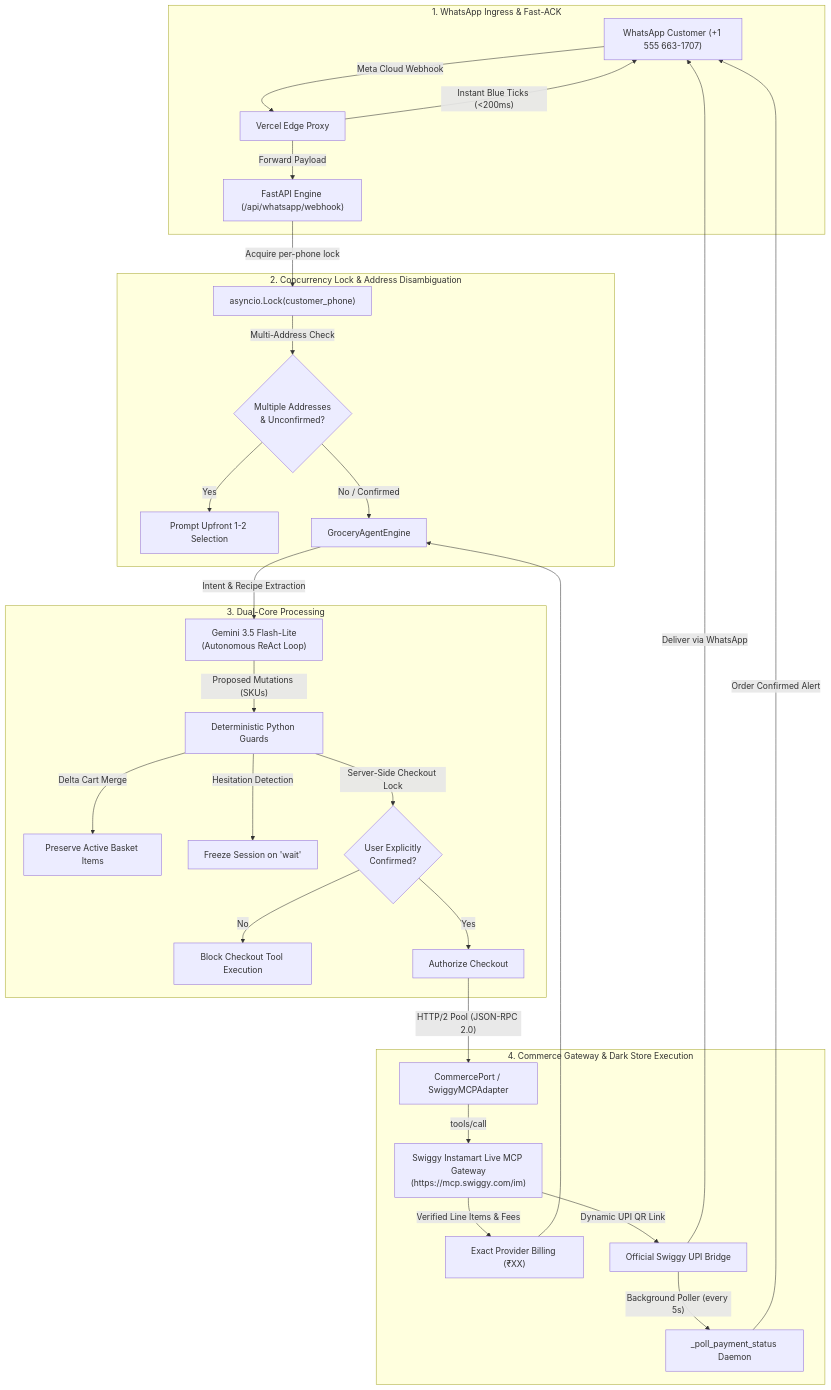
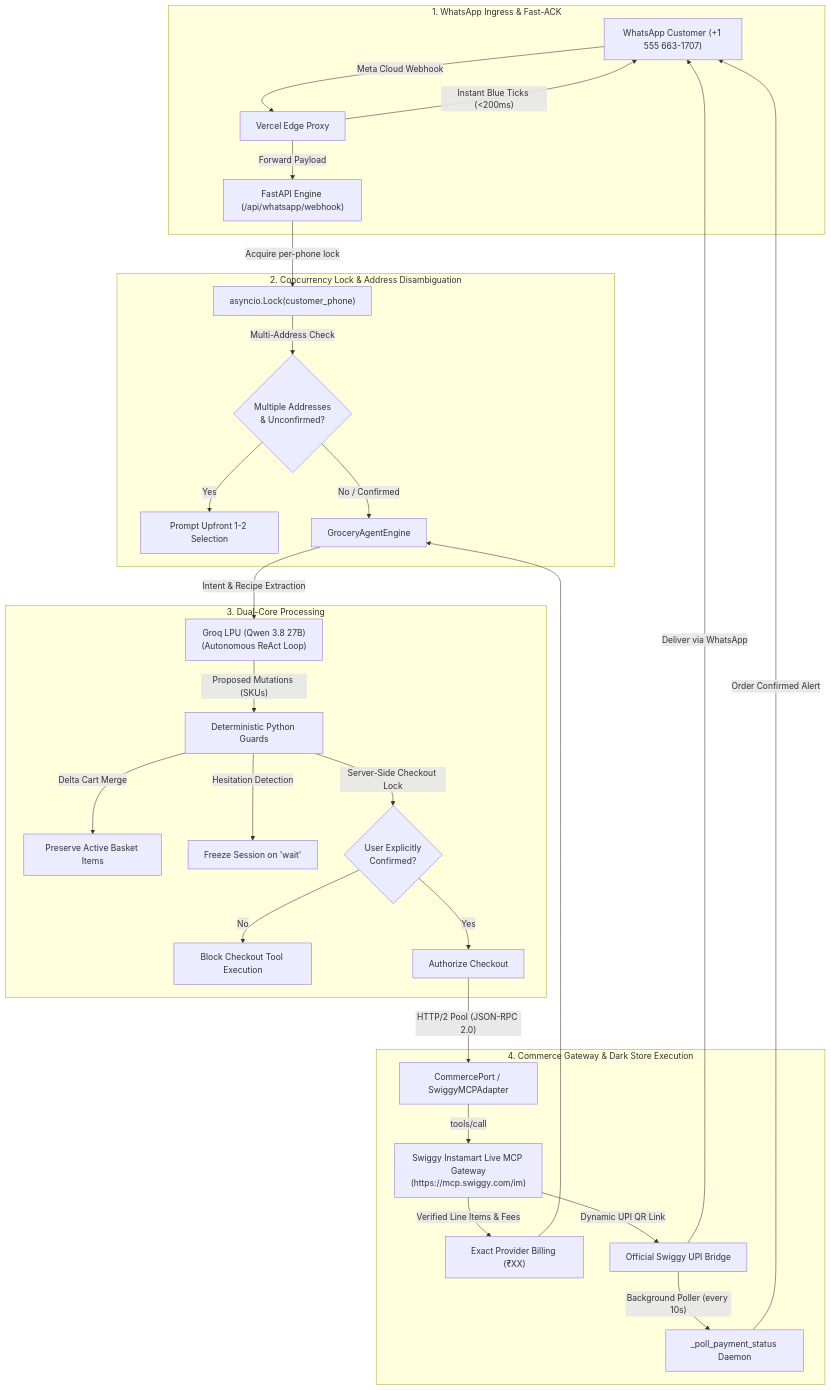
Before and after one commit to kwakhare5/Grocer: the diagram in docs/REVIEWER_WALKTHROUGH.md, drawn with Mermaid. The commit also changed other lines of this file and 39 other files, not shown here.

First line of the commit message:
feat(llm): migrate conversation engine from Gemini to Groq LPU (Qwen 3.8 27B) and OpenRouter

````diff
--- a/docs/REVIEWER_WALKTHROUGH.md
+++ b/docs/REVIEWER_WALKTHROUGH.md
@@ -22,37 +22,37 @@
 ```mermaid
 flowchart TD
     subgraph Ingress ["1. WhatsApp Ingress & Fast-ACK"]
         WA["WhatsApp Customer (+1 555 663-1707)"] -->|"Meta Cloud Webhook"| Vercel["Vercel Edge Proxy"]
         Vercel -->|"Instant Blue Ticks (<200ms)"| WA
         Vercel -->|"Forward Payload"| FastAPI["FastAPI Engine (/api/whatsapp/webhook)"]
     end
 
     subgraph Concurrency ["2. Concurrency Lock & Address Disambiguation"]
         FastAPI -->|"Acquire per-phone lock"| Lock["asyncio.Lock(customer_phone)"]
         Lock -->|"Multi-Address Check"| AddrGuard{"Multiple Addresses\n& Unconfirmed?"}
         AddrGuard -->|"Yes"| AddrPrompt["Prompt Upfront 1-2 Selection"]
         AddrGuard -->|"No / Confirmed"| Engine["GroceryAgentEngine"]
     end
 
     subgraph DualCore ["3. Dual-Core Processing"]
-        Engine -->|"Intent & Recipe Extraction"| Gemini["Gemini 3.5 Flash-Lite\n(Autonomous ReAct Loop)"]
-        Gemini -->|"Proposed Mutations (SKUs)"| Guards["Deterministic Python Guards"]
+        Engine -->|"Intent & Recipe Extraction"| LLM["Groq LPU (Qwen 3.8 27B)\n(Autonomous ReAct Loop)"]
+        LLM -->|"Proposed Mutations (SKUs)"| Guards["Deterministic Python Guards"]
         Guards -->|"Delta Cart Merge"| Merge["Preserve Active Basket Items"]
         Guards -->|"Hesitation Detection"| Hold["Freeze Session on 'wait'"]
         Guards -->|"Server-Side Checkout Lock"| Gate{"User Explicitly\nConfirmed?"}
         Gate -->|"No"| Block["Block Checkout Tool Execution"]
         Gate -->|"Yes"| Auth["Authorize Checkout"]
     end
 
     subgraph Commerce ["4. Commerce Gateway & Dark Store Execution"]
         Auth -->|"HTTP/2 Pool (JSON-RPC 2.0)"| Port["CommercePort / SwiggyMCPAdapter"]
         Port -->|"tools/call"| MCP["Swiggy Instamart Live MCP Gateway\n(https://mcp.swiggy.com/im)"]
         MCP -->|"Verified Line Items & Fees"| Bill["Exact Provider Billing (₹XX)"]
         MCP -->|"Dynamic UPI QR Link"| PayLink["Official Swiggy UPI Bridge"]
-        PayLink -->|"Background Poller (every 5s)"| Poller["_poll_payment_status Daemon"]
+        PayLink -->|"Background Poller (every 10s)"| Poller["_poll_payment_status Daemon"]
     end
 
     Bill --> Engine
     PayLink -->|"Deliver via WhatsApp"| WA
     Poller -->|"Order Confirmed Alert"| WA
 ```
````
